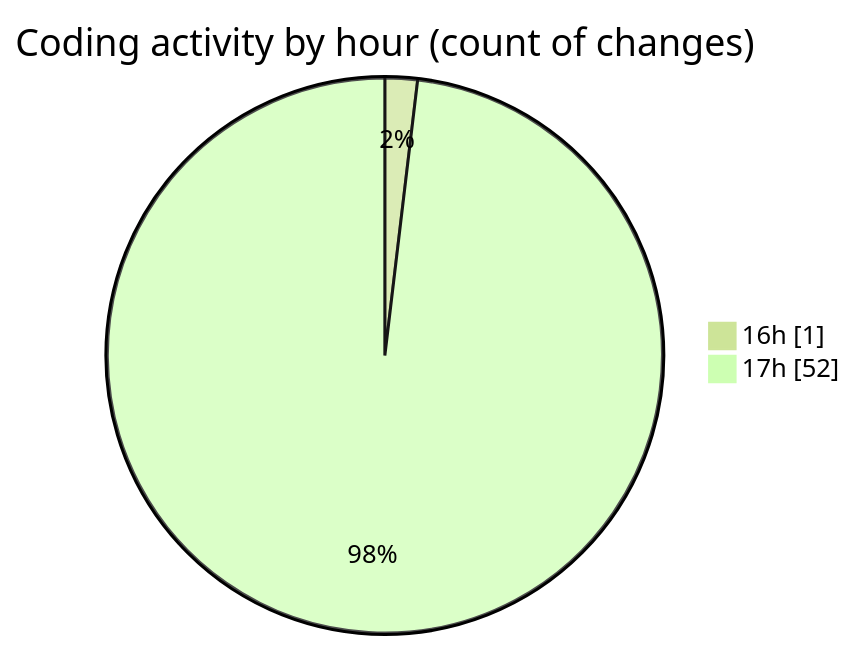
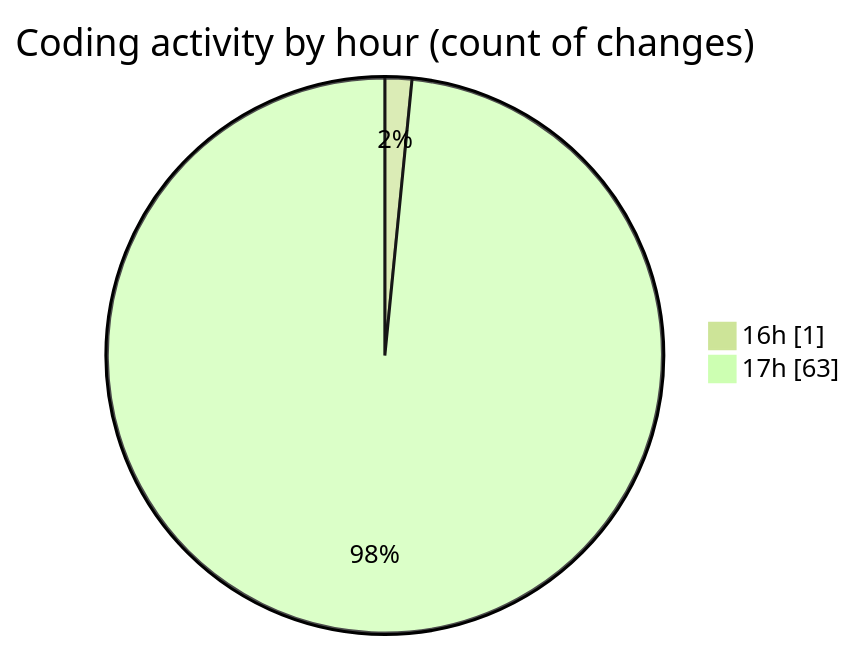
Before and after one commit to idhammustaqopulfikri/code-tracking: the second of 2 diagrams in 2025-05-27/studio-backend/README.md, drawn with Mermaid (forest theme). The commit also changed other lines of this file and 1 other file, not shown here.

````diff
--- a/2025-05-27/studio-backend/README.md
+++ b/2025-05-27/studio-backend/README.md
@@ -53,6 +58,6 @@
 ```mermaid
 pie showData
 title Coding activity by hour (count of changes)
 "16h" : 1
-"17h" : 52
+"17h" : 63
 ```
````
